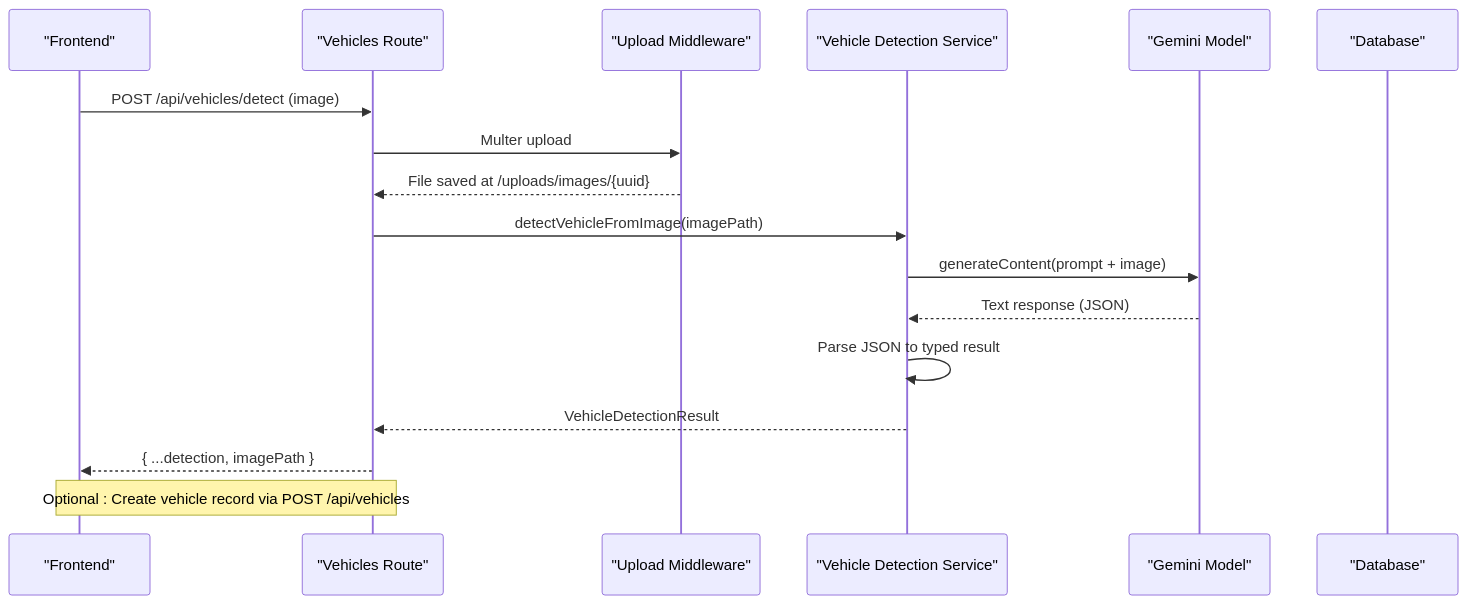
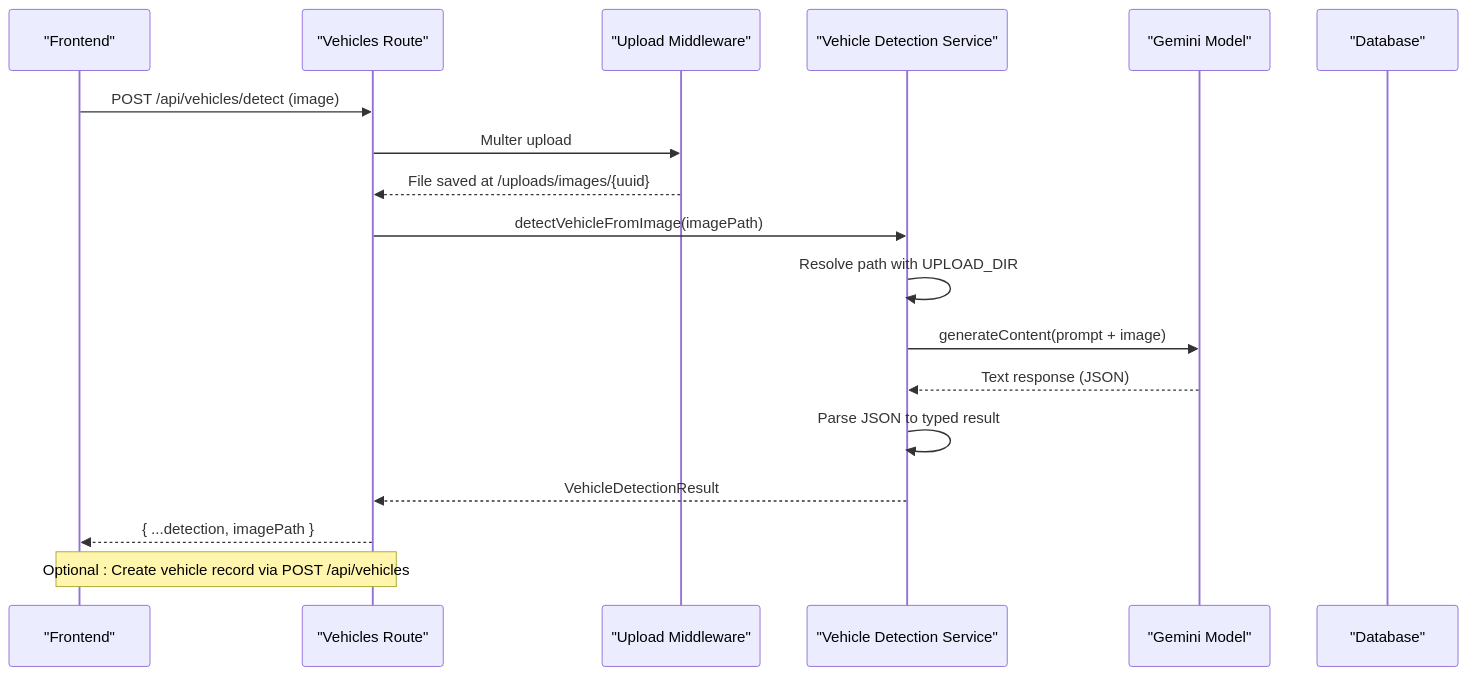
One commit to NaveenHiranya/Smart-Vehicle-Insurance-Claim-System changed the second of 4 diagrams in .qoder/repowiki/en/content/Backend Documentation/Business Logic & Services/Vehicle Detection Service.md. Above: the diagram before and after it, drawn with Mermaid. The commit also changed other lines of this file and 65 other files, not shown here.

````diff
--- a/.qoder/repowiki/en/content/Backend Documentation/Business Logic & Services/Vehicle Detection Service.md
+++ b/.qoder/repowiki/en/content/Backend Documentation/Business Logic & Services/Vehicle Detection Service.md
@@ -88,19 +95,20 @@
 ```mermaid
 sequenceDiagram
 participant FE as "Frontend"
 participant RT as "Vehicles Route"
 participant UL as "Upload Middleware"
 participant SVC as "Vehicle Detection Service"
 participant AI as "Gemini Model"
 participant DB as "Database"
 FE->>RT : POST /api/vehicles/detect (image)
 RT->>UL : Multer upload
 UL-->>RT : File saved at /uploads/images/{uuid}
 RT->>SVC : detectVehicleFromImage(imagePath)
+SVC->>SVC : Resolve path with UPLOAD_DIR
 SVC->>AI : generateContent(prompt + image)
 AI-->>SVC : Text response (JSON)
 SVC->>SVC : Parse JSON to typed result
 SVC-->>RT : VehicleDetectionResult
 RT-->>FE : { ...detection, imagePath }
 Note over FE,RT : Optional : Create vehicle record via POST /api/vehicles
 ```
````
